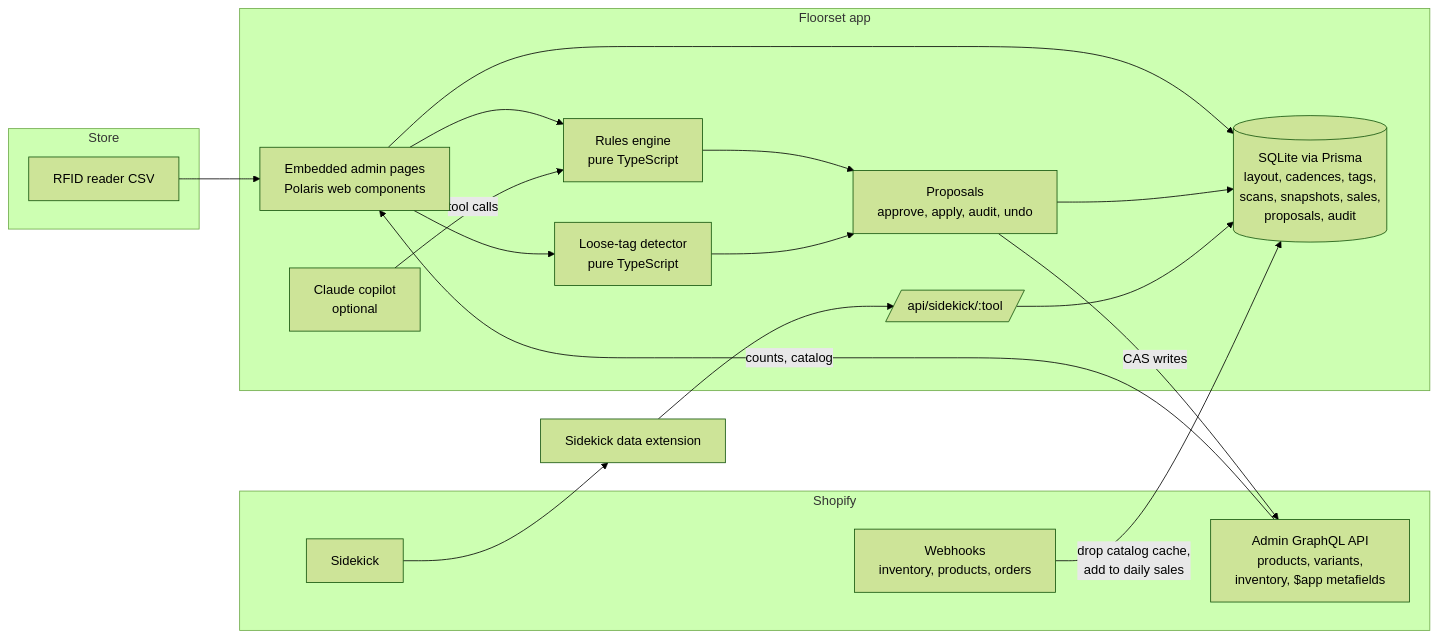
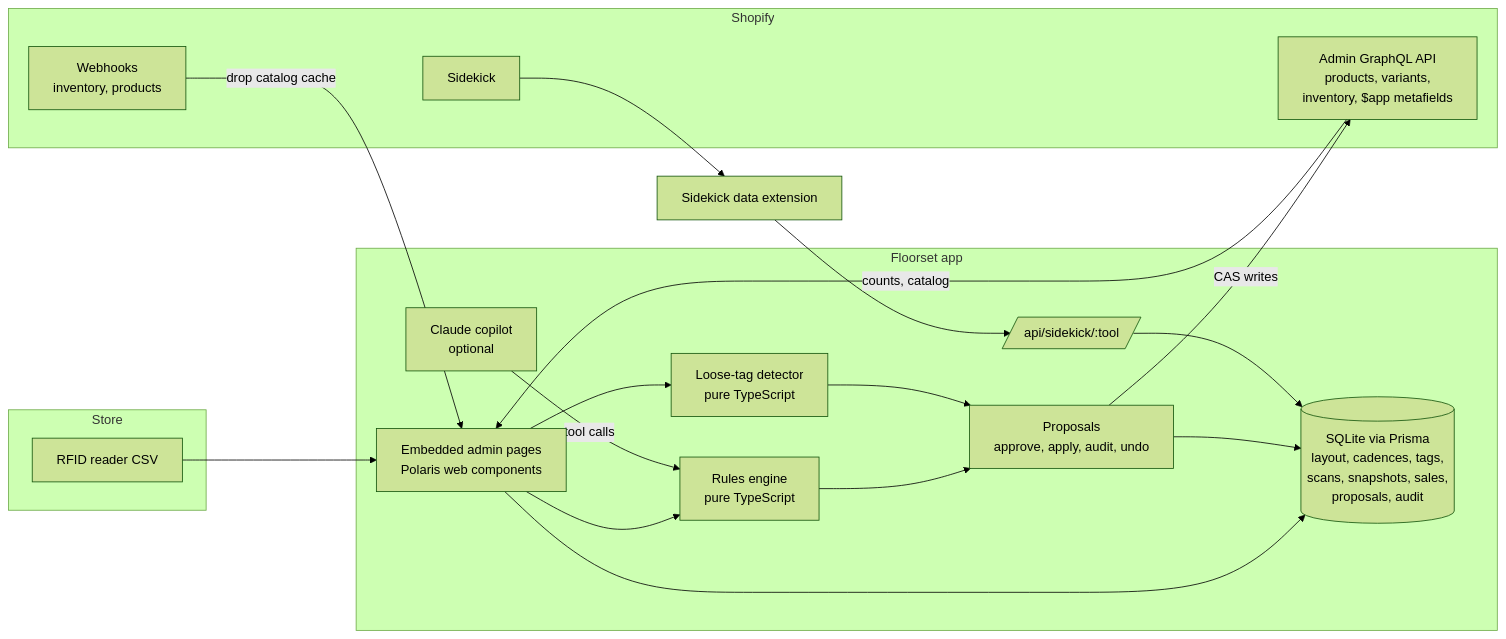
One commit to dvnyvo/floorset changed the diagram in README.md. Above: the diagram before and after it, drawn with Mermaid (forest theme). The commit also changed other lines of this file and 4 other files, not shown here.

Commit message:
fix(webhooks): leave orders/create unsubscribed until protected data access is granted

````diff
--- a/README.md
+++ b/README.md
@@ -38,33 +38,33 @@
 ```mermaid
 flowchart LR
   subgraph Store
     R[RFID reader CSV]
   end
   subgraph Shopify
     A[Admin GraphQL API<br/>products, variants,<br/>inventory, $app metafields]
-    WH[Webhooks<br/>inventory, products, orders]
+    WH[Webhooks<br/>inventory, products]
     SK[Sidekick]
   end
   subgraph Floorset app
     UI[Embedded admin pages<br/>Polaris web components]
     E[Rules engine<br/>pure TypeScript]
     G[Loose-tag detector<br/>pure TypeScript]
     P[Proposals<br/>approve, apply, audit, undo]
     DB[(SQLite via Prisma<br/>layout, cadences, tags,<br/>scans, snapshots, sales,<br/>proposals, audit)]
     API[/api/sidekick/:tool/]
     C[Claude copilot<br/>optional]
   end
   X[Sidekick data extension]
 
   R --> UI --> DB
   A -- counts, catalog --> UI
   UI --> E
   UI --> G
   C -- tool calls --> E
   E --> P
   G --> P
   P -- CAS writes --> A
   P --> DB
   SK --> X --> API --> DB
-  WH -- drop catalog cache,<br/>add to daily sales --> DB
+  WH -- drop catalog cache --> UI
 ```
````
